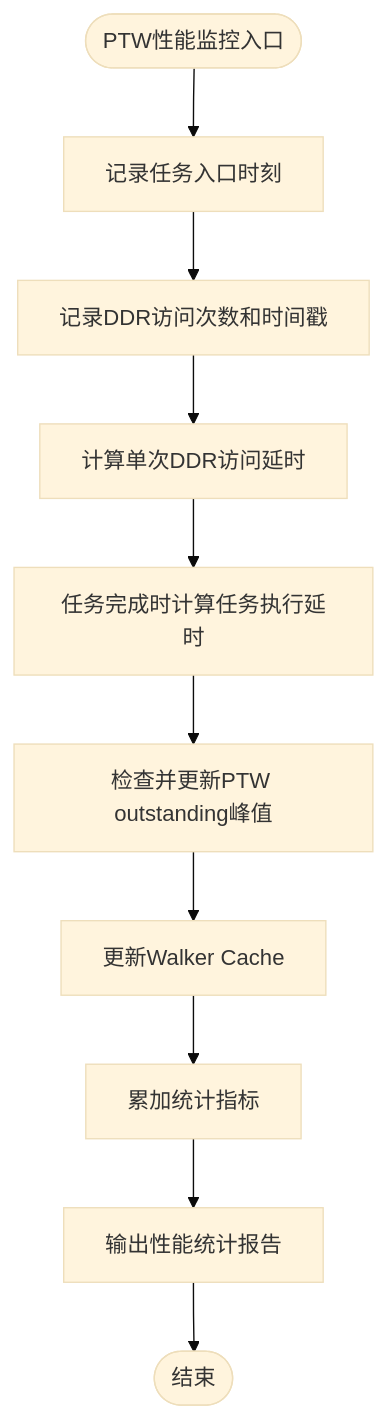
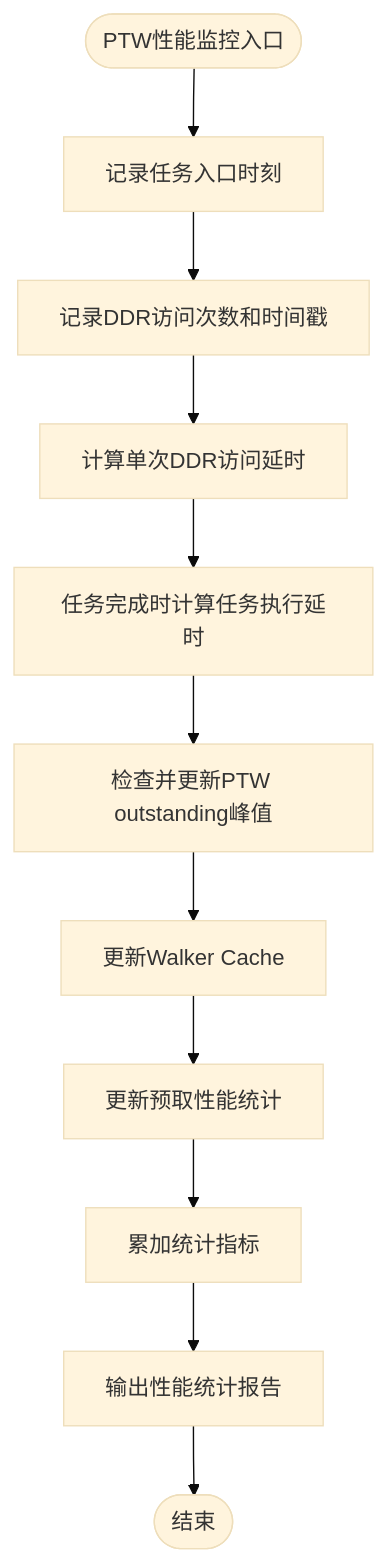
Diagram 13 of 16 in .qoder/repowiki/zh/content/性能模型实现/性能模型实现.md (jiangjiang1122/iommu_model_20260401_v1), drawn with Mermaid (base theme) before and after one commit. The commit also changed other lines of this file and 12 other files, not shown here.

````diff
--- a/.qoder/repowiki/zh/content/性能模型实现/性能模型实现.md
+++ b/.qoder/repowiki/zh/content/性能模型实现/性能模型实现.md
@@ -444,12 +543,13 @@
 ```mermaid
 flowchart TD
 Start(["PTW性能监控入口"]) --> TaskStart["记录任务入口时刻"]
 TaskStart --> DDRAccess["记录DDR访问次数和时间戳"]
 DDRAccess --> LatencyCalc["计算单次DDR访问延时"]
 LatencyCalc --> TaskComplete["任务完成时计算任务执行延时"]
 TaskComplete --> PeakCheck["检查并更新PTW outstanding峰值"]
 PeakCheck --> WalkerUpdate["更新Walker Cache"]
-WalkerUpdate --> StatsAccumulate["累加统计指标"]
+WalkerUpdate --> PrefetchStats["更新预取性能统计"]
+PrefetchStats --> StatsAccumulate["累加统计指标"]
 StatsAccumulate --> Report["输出性能统计报告"]
 Report --> End(["结束"])
 ```
````
